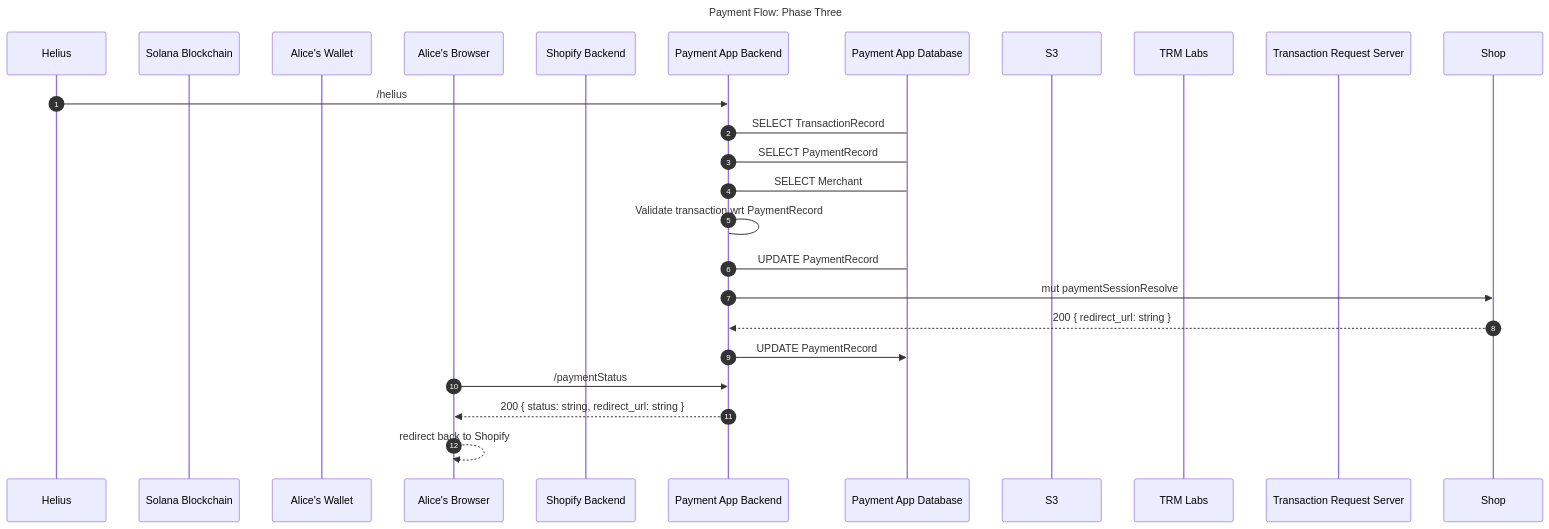
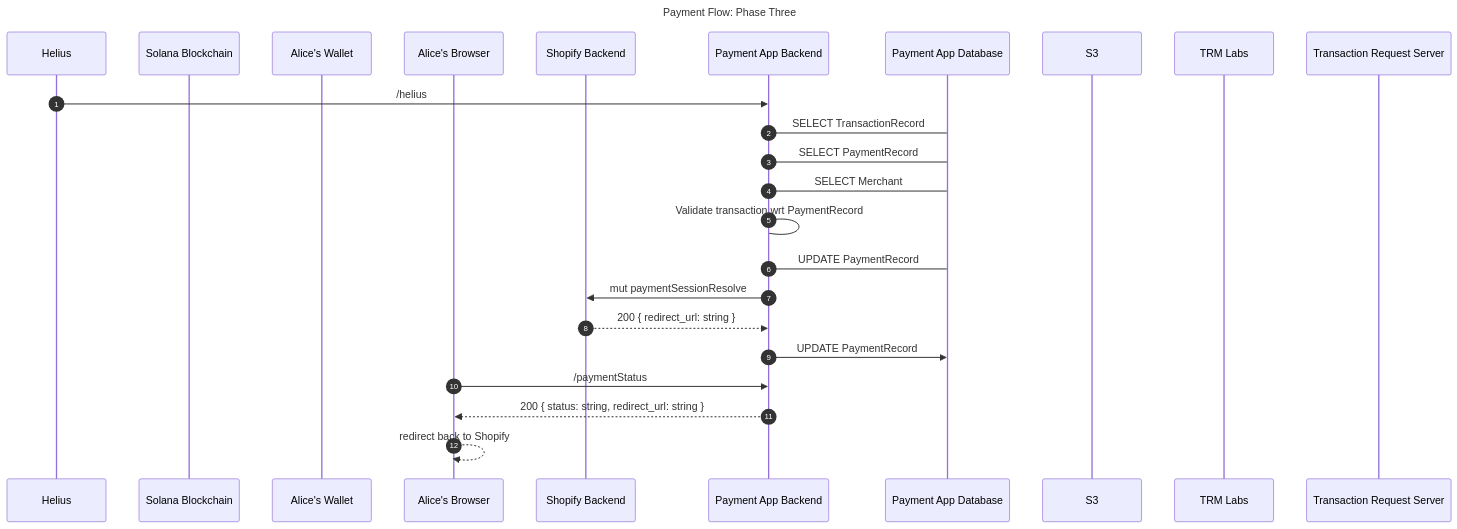
The third of 7 diagrams in system-design/README.md (solana-labs/solana-payments-app), drawn with Mermaid before and after one commit. The commit also changed other lines of this file, not shown here.

Commit message:
some issues

````diff
--- a/system-design/README.md
+++ b/system-design/README.md
@@ -81,27 +81,27 @@
 ```mermaid
 sequenceDiagram
     title Payment Flow: Phase Three
     autonumber
     participant Helius
     participant Solana as Solana Blockchain
     participant Wallet as Alice's Wallet
     participant Alice as Alice's Browser
     participant SHOP as Shopify Backend
     participant BACKEND as Payment App Backend
     participant DATABASE as Payment App Database
     participant S3
     participant TRM as TRM Labs
     participant TRS as Transaction Request Server
     Helius->>BACKEND: /helius
     BACKEND->DATABASE: SELECT TransactionRecord
     BACKEND->DATABASE: SELECT PaymentRecord
     BACKEND->DATABASE: SELECT Merchant
     BACKEND->BACKEND: Validate transaction wrt PaymentRecord
     BACKEND->DATABASE: UPDATE PaymentRecord
-    BACKEND->>Shop: mut paymentSessionResolve
-    Shop-->>BACKEND: 200 { redirect_url: string }
+    BACKEND->>SHOP: mut paymentSessionResolve
+    SHOP-->>BACKEND: 200 { redirect_url: string }
     BACKEND->>DATABASE: UPDATE PaymentRecord
     Alice->>BACKEND: /paymentStatus
     BACKEND-->>Alice: 200 { status: string, redirect_url: string }
     Alice-->>Alice: redirect back to Shopify
 ```
````
